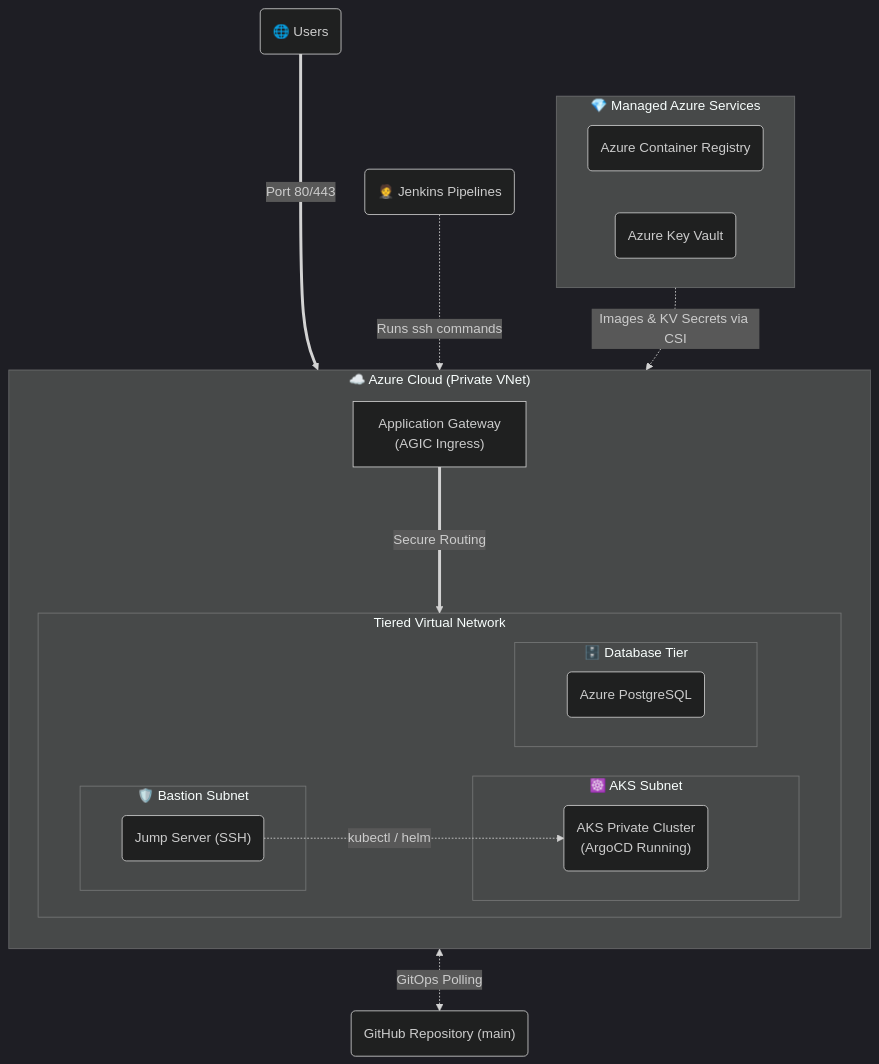
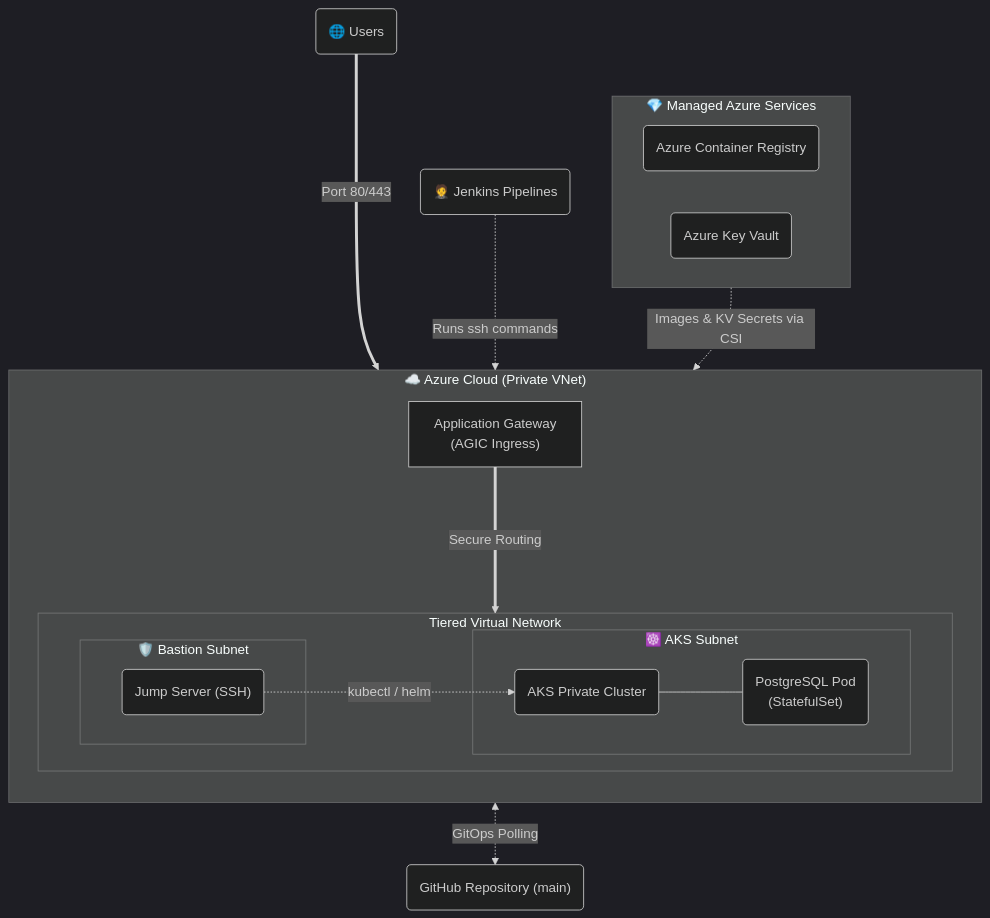
One commit to rajputganesh217/azure-aks-devsecops-platform changed the diagram in README.md. Above: the diagram before and after it, drawn with Mermaid (dark theme). The commit also changed other lines of this file, not shown here.

Commit message:
updated readme with sequence

````diff
--- a/README.md
+++ b/README.md
@@ -35,35 +35,33 @@
 ```mermaid
 flowchart TD
     subgraph PaaS ["💎 Managed Azure Services"]
         direction LR
         ACR("Azure Container Registry")
         KV("Azure Key Vault")
     end
 
     subgraph Azure ["☁️ Azure Cloud (Private VNet)"]
         direction TB
         AppGW["Application Gateway\n(AGIC Ingress)"]
         
         subgraph VNet ["Tiered Virtual Network"]
             direction LR
             subgraph AppSubnet ["☸️ AKS Subnet"]
-                AKS("AKS Private Cluster\n(ArgoCD Running)")
+                AKS("AKS Private Cluster")
+                DB("PostgreSQL Pod\n(StatefulSet)")
+                AKS---DB
             end
             
             subgraph JumpSubnet ["🛡️ Bastion Subnet"]
                 JumpServer("Jump Server (SSH)")
-            end
-
-            subgraph DBSubnet ["🗄️ Database Tier"]
-                DB("Azure PostgreSQL")
             end
         end
     end
 
     Users("🌐 Users") ===>|Port 80/443| AppGW
     AppGW ===>|Secure Routing| AKS
     PaaS -.->|Images & KV Secrets via CSI| AKS
     Jenkins("🤵 Jenkins Pipelines") -.->|Runs ssh commands| JumpServer
     JumpServer -.->|kubectl / helm| AKS
     AKS <.->|GitOps Polling| GitHub("GitHub Repository (main)")
 ```
````
